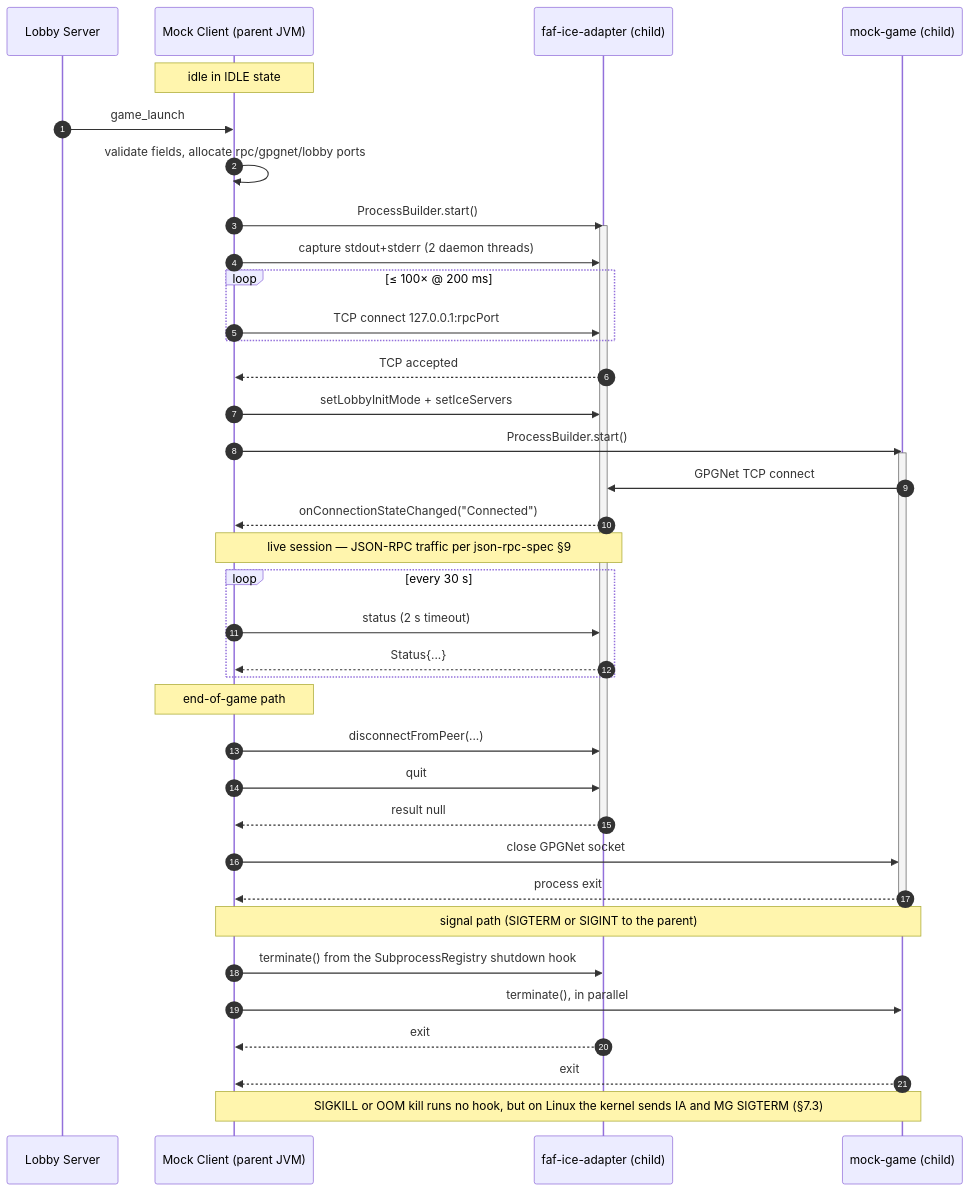
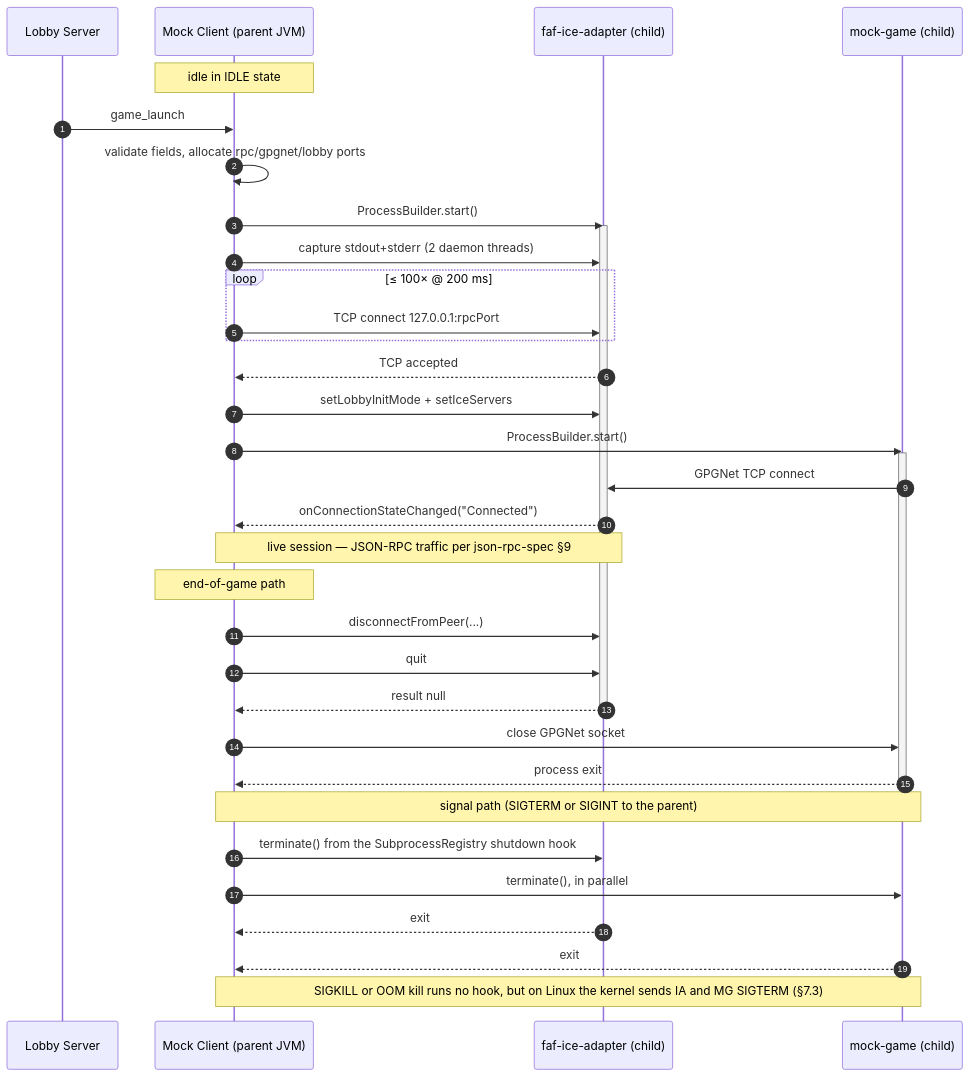
The diagram in documentation/research/subprocess-orchestration-spec.md (md-173/faf-test-harness), drawn with Mermaid before and after one commit. The commit also changed other lines of this file and 1 other file, not shown here.

Commit message:
docs: mark the status health poll as designed but not built

````diff
--- a/documentation/research/subprocess-orchestration-spec.md
+++ b/documentation/research/subprocess-orchestration-spec.md
@@ -803,47 +812,42 @@
 ```mermaid
 sequenceDiagram
     autonumber
     participant LS as Lobby Server
     participant MC as Mock Client (parent JVM)
     participant IA as faf-ice-adapter (child)
     participant MG as mock-game (child)
 
     Note over MC: idle in IDLE state
     LS->>MC: game_launch
     MC->>MC: validate fields, allocate rpc/gpgnet/lobby ports
     MC->>IA: ProcessBuilder.start()
     activate IA
     MC->>IA: capture stdout+stderr (2 daemon threads)
     loop ≤ 100× @ 200 ms
         MC->>IA: TCP connect 127.0.0.1:rpcPort
     end
     IA-->>MC: TCP accepted
     MC->>IA: setLobbyInitMode + setIceServers
     MC->>MG: ProcessBuilder.start()
     activate MG
     MG->>IA: GPGNet TCP connect
     IA-->>MC: onConnectionStateChanged("Connected")
 
     Note over MC,IA: live session — JSON-RPC traffic per json-rpc-spec §9
 
-    loop every 30 s
-        MC->>IA: status (2 s timeout)
-        IA-->>MC: Status{...}
-    end
-
     Note over MC: end-of-game path
     MC->>IA: disconnectFromPeer(...)
     MC->>IA: quit
     IA-->>MC: result null
     deactivate IA
     MC->>MG: close GPGNet socket
     MG-->>MC: process exit
     deactivate MG
 
     Note over MC,MG: signal path (SIGTERM or SIGINT to the parent)
     MC->>IA: terminate() from the SubprocessRegistry shutdown hook
     MC->>MG: terminate(), in parallel
     IA-->>MC: exit
     MG-->>MC: exit
     Note over MC,MG: SIGKILL or OOM kill runs no hook, but on Linux the kernel sends IA and MG SIGTERM (§7.3)
 ```
````
